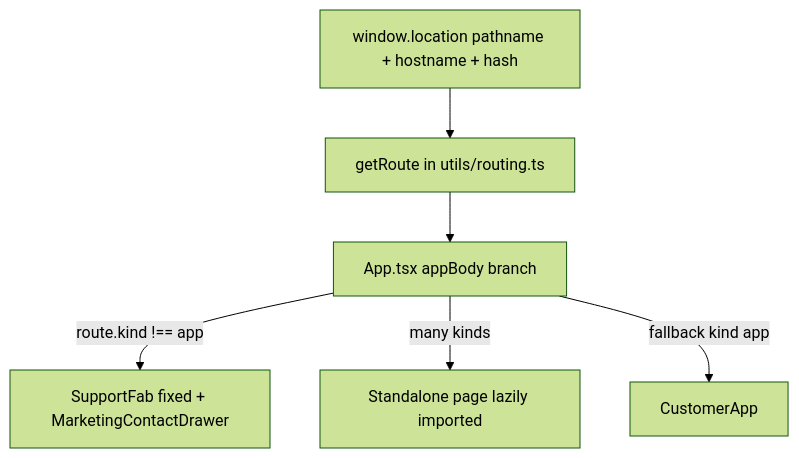
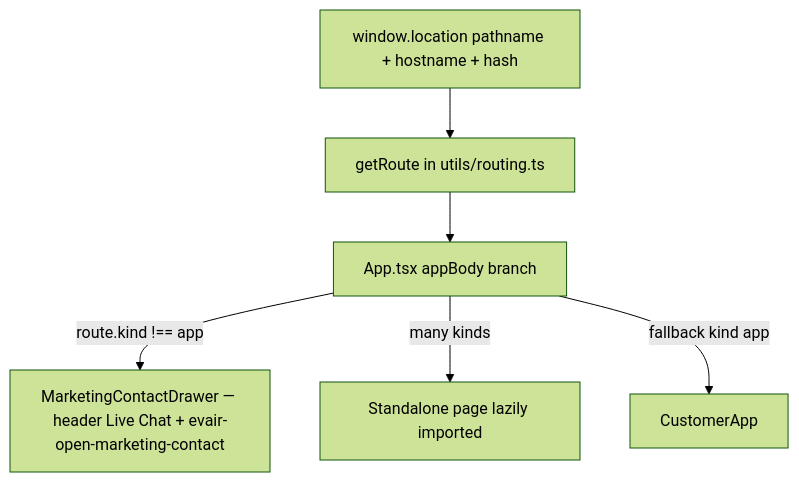
Before and after one commit to jordanmok88/Evair-H5: the diagram in docs/H5_SHELL_AND_MARKETING.md, drawn with Mermaid (forest theme). The commit also changed other lines of this file and 12 other files, not shown here.

Commit message:
feat(support): remove floating chat FAB; header Live Chat in app shell + marketing

````diff
--- a/docs/H5_SHELL_AND_MARKETING.md
+++ b/docs/H5_SHELL_AND_MARKETING.md
@@ -11,14 +11,14 @@
 ```mermaid
 flowchart TD
     loc[window.location pathname + hostname + hash]
     get[getRoute in utils/routing.ts]
     app[App.tsx appBody branch]
-    global[SupportFab fixed + MarketingContactDrawer]
+    global[MarketingContactDrawer — header Live Chat + evair-open-marketing-contact]
     ca[CustomerApp]
 
     loc --> get
     get --> app
     app -->|route.kind !== app| global
     app -->|many kinds| leaf[Standalone page lazily imported]
     app -->|fallback kind app| ca
 ```
````
